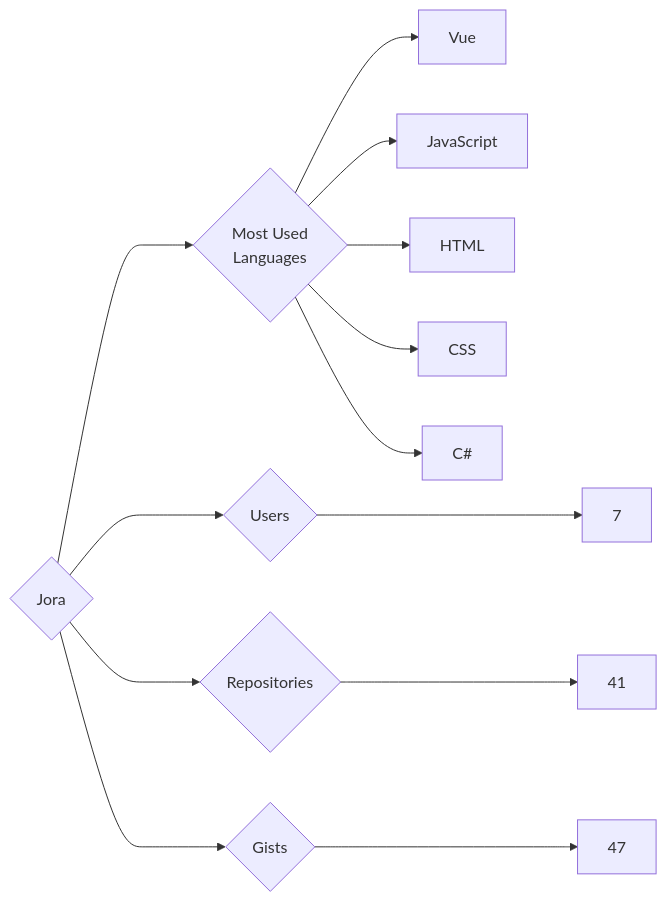
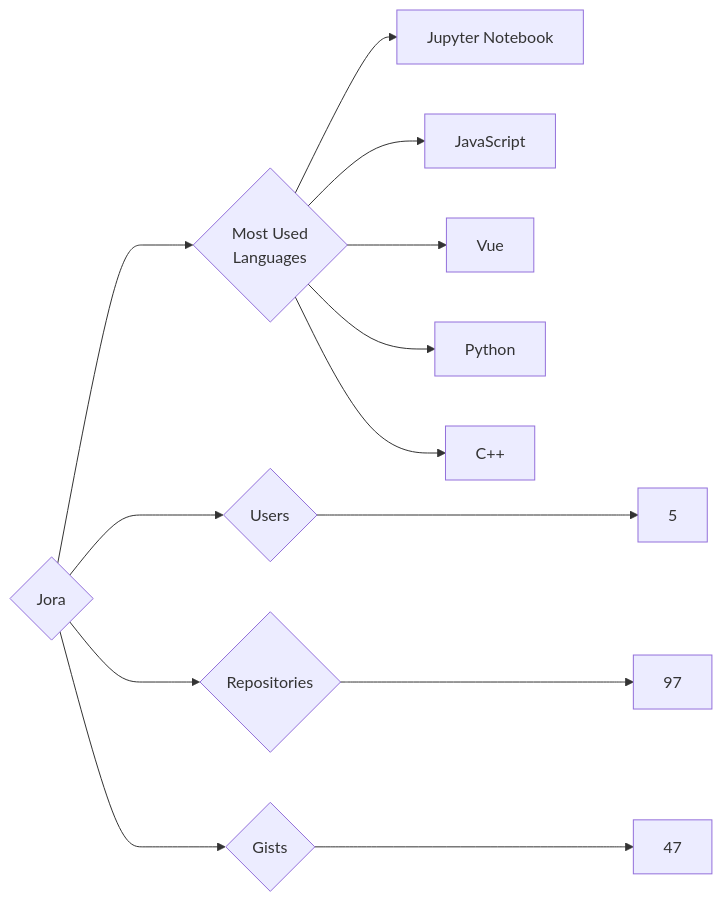
Before and after one commit to trickest/insiders: the diagram in targets/Jora/README.md, drawn with Mermaid. The commit also changed 914 other files, not shown here.

````diff
--- a/targets/Jora/README.md
+++ b/targets/Jora/README.md
@@ -3,13 +3,13 @@
 ```mermaid
 graph LR
 COMPANY_NAME{Jora}
-COMPANY_NAME ---> U{Users} ---> UN[7]
-COMPANY_NAME ---> R{Repositories} ---> RN[41]
+COMPANY_NAME ---> U{Users} ---> UN[5]
+COMPANY_NAME ---> R{Repositories} ---> RN[97]
 COMPANY_NAME ---> G{Gists} ---> GN[47]
 COMPANY_NAME ---> ML{Most Used<br>Languages}
+ML --> Jupyter_Notebook[Jupyter Notebook]
+ML --> JavaScript[JavaScript]
 ML --> Vue[Vue]
-ML --> JavaScript[JavaScript]
-ML --> HTML[HTML]
-ML --> CSS[CSS]
-ML --> C#[C#]
+ML --> Python[Python]
+ML --> C++[C++]
 ```
````
